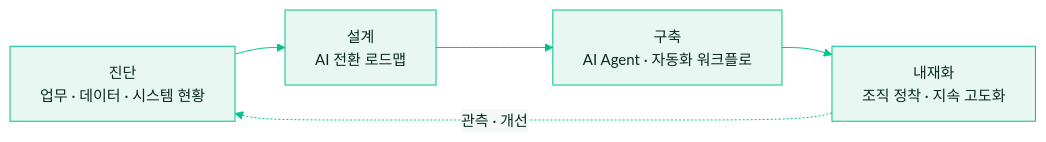
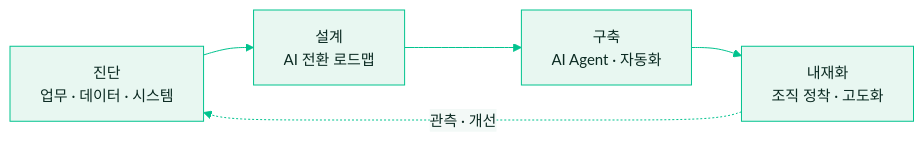
Before and after one commit to yfield-inc/.github: the diagram in profile/README.md, drawn with Mermaid.

Commit message:
Mermaid 노드 라벨 줄바꿈 정리
네 노드의 둘째 줄 길이를 맞춰 단어 중간 줄바꿈 제거.

````diff
--- a/profile/README.md
+++ b/profile/README.md
@@ -65,8 +65,8 @@
 ```mermaid
 %%{init: {"theme":"base","themeVariables":{"primaryColor":"#E8F7F1","primaryTextColor":"#0B2A22","primaryBorderColor":"#01C38E","lineColor":"#01C38E","secondaryColor":"#F3F9F7","tertiaryColor":"#FFFFFF","fontSize":"15px"}}}%%
 flowchart LR
-    A["진단<br/>업무 · 데이터 · 시스템 현황"] --> B["설계<br/>AI 전환 로드맵"]
-    B --> C["구축<br/>AI Agent · 자동화 워크플로"]
-    C --> D["내재화<br/>조직 정착 · 지속 고도화"]
+    A["진단<br/>업무 · 데이터 · 시스템"] --> B["설계<br/>AI 전환 로드맵"]
+    B --> C["구축<br/>AI Agent · 자동화"]
+    C --> D["내재화<br/>조직 정착 · 고도화"]
     D -. "관측 · 개선" .-> A
 ```
````
